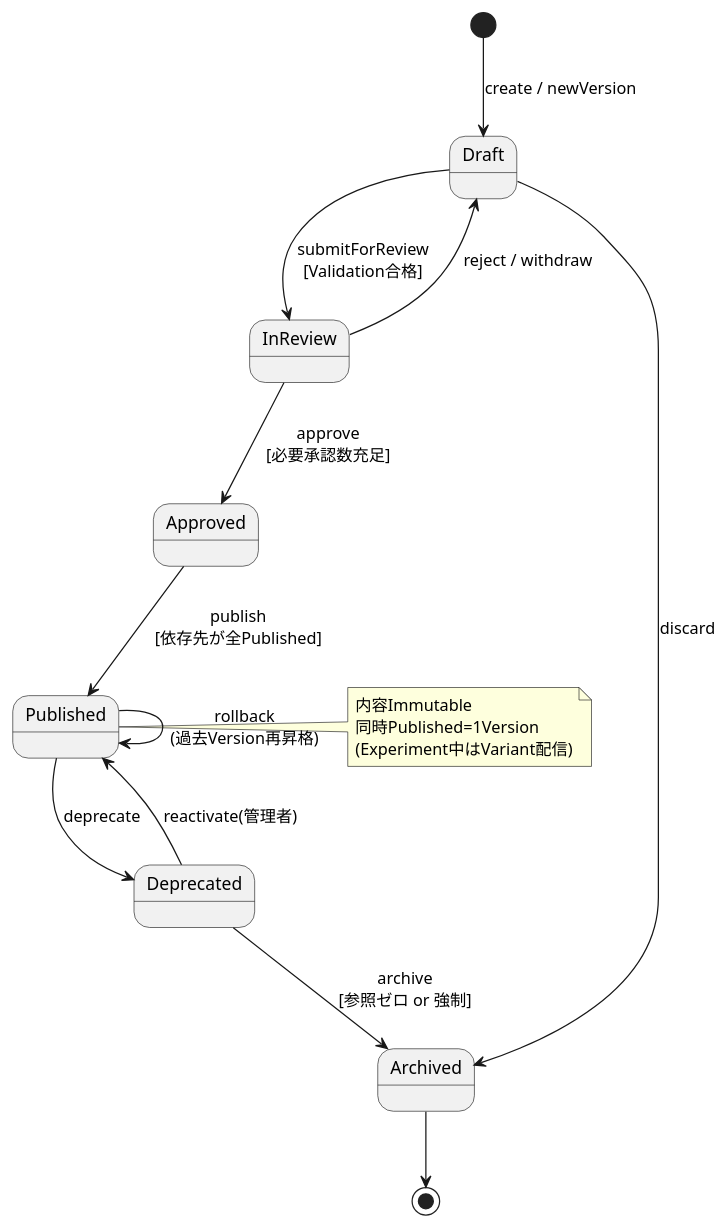
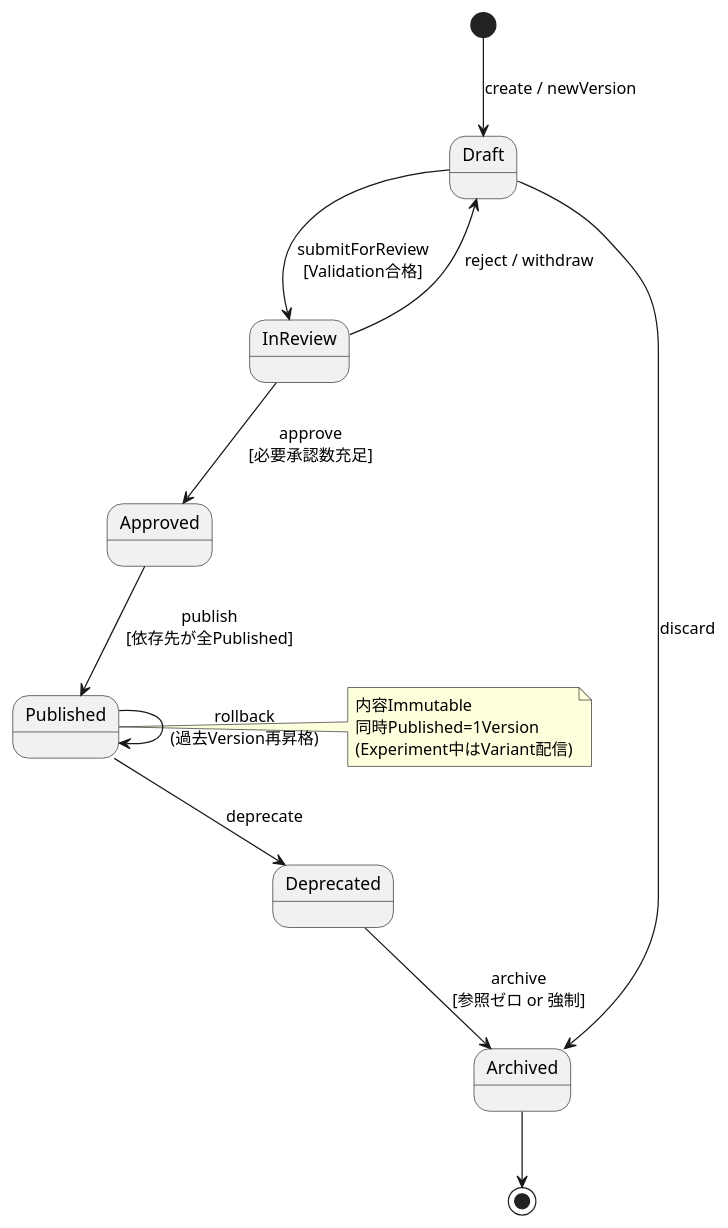
Diagram 14 of 17 in docs/PromptEngine_設計書.md (io0323/prompt-engine), drawn with PlantUML before and after one commit. The commit also changed other lines of this file and 47 other files, not shown here.

````diff
--- a/docs/PromptEngine_設計書.md
+++ b/docs/PromptEngine_設計書.md
@@ -1039,16 +1040,15 @@
 ```plantuml
 @startuml
 [*] --> Draft : create / newVersion
 Draft --> InReview : submitForReview\n[Validation合格]
 InReview --> Draft : reject / withdraw
 InReview --> Approved : approve\n[必要承認数充足]
 Approved --> Published : publish\n[依存先が全Published]
 Published --> Published : rollback\n(過去Version再昇格)
 Published --> Deprecated : deprecate
-Deprecated --> Published : reactivate(管理者)
 Deprecated --> Archived : archive\n[参照ゼロ or 強制]
 Draft --> Archived : discard
 Archived --> [*]
 note right of Published : 内容Immutable\n同時Published=1Version\n(Experiment中はVariant配信)
 @enduml
 ```
````
